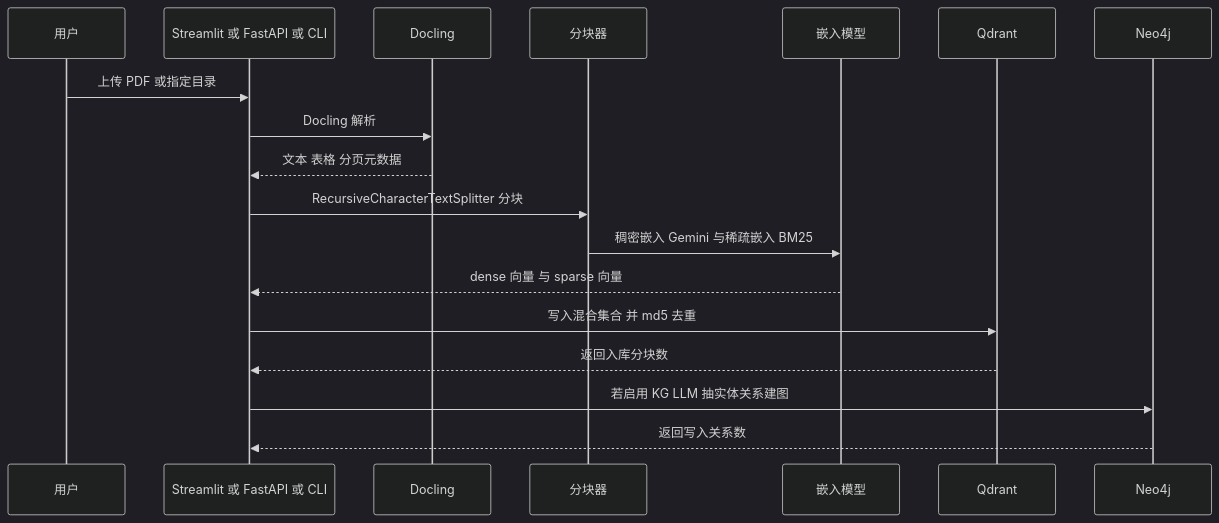
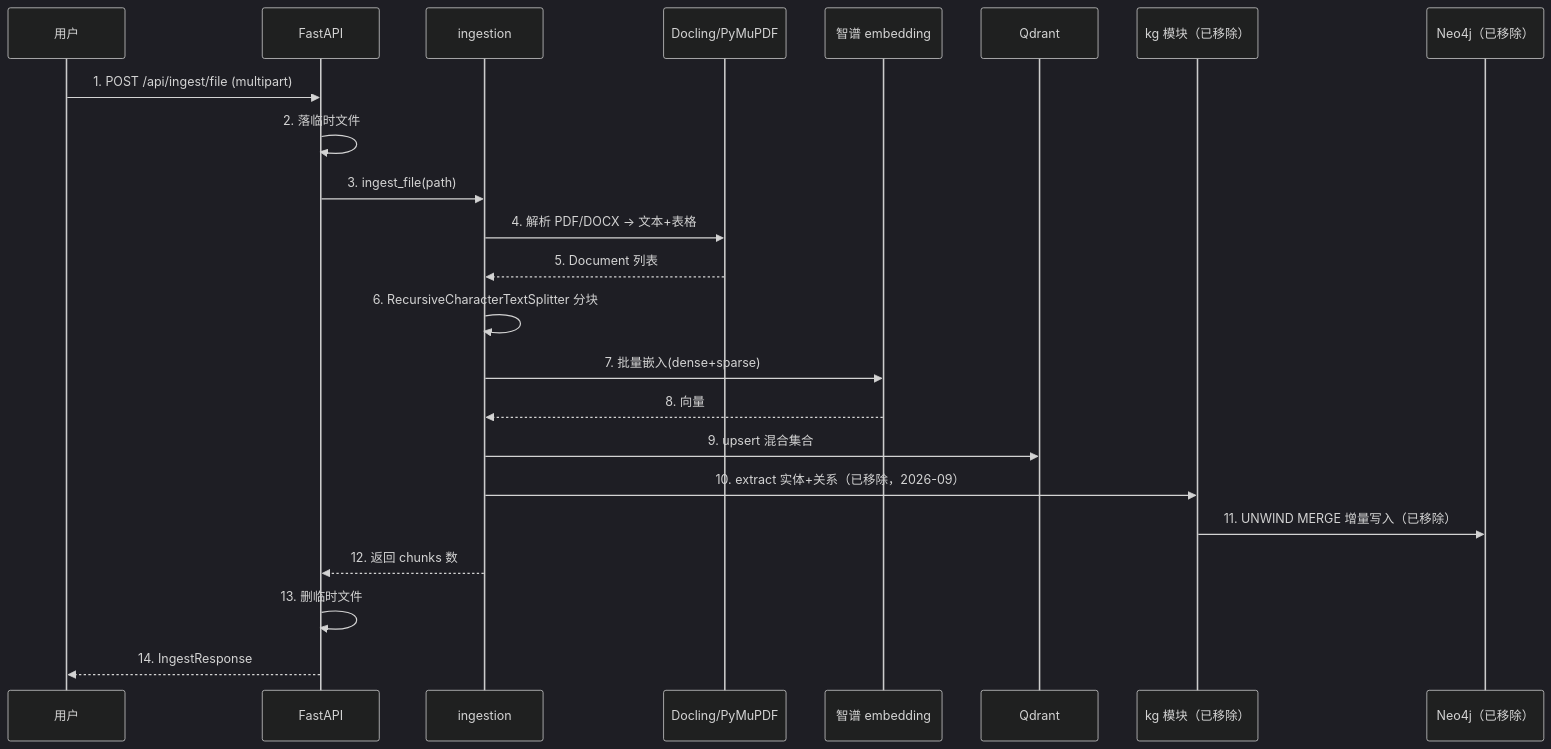
Before and after one commit to asfhkkkvh/agent: diagram 13 of 16 in docs/omnirag_learning_doc.md, drawn with Mermaid (dark theme). The commit also changed other lines of this file and 23 other files, not shown here.

First line of the commit message:
feat: LLM 迁移智谱 GLM + 移除知识图谱 + RAGAS 改轻量评估

````diff
--- a/docs/omnirag_learning_doc.md
+++ b/docs/omnirag_learning_doc.md
@@ -991,20 +1339,25 @@
 ```mermaid
 sequenceDiagram
     participant U as 用户
-    participant A as Streamlit 或 FastAPI 或 CLI
-    participant D as Docling
-    participant S as 分块器
-    participant E as 嵌入模型
+    participant API as FastAPI
+    participant ING as ingestion
+    participant DOC as Docling/PyMuPDF
+    participant EMB as 智谱 embedding
     participant Q as Qdrant
-    participant K as Neo4j
-    U->>A: 上传 PDF 或指定目录
-    A->>D: Docling 解析
-    D-->>A: 文本 表格 分页元数据
-    A->>S: RecursiveCharacterTextSplitter 分块
-    S->>E: 稠密嵌入 Gemini 与稀疏嵌入 BM25
-    E-->>A: dense 向量 与 sparse 向量
-    A->>Q: 写入混合集合 并 md5 去重
-    Q-->>A: 返回入库分块数
-    A->>K: 若启用 KG LLM 抽实体关系建图
-    K-->>A: 返回写入关系数
+    participant KG as kg 模块（已移除）
+    participant N as Neo4j（已移除）
+    U->>API: 1. POST /api/ingest/file (multipart)
+    API->>API: 2. 落临时文件
+    API->>ING: 3. ingest_file(path)
+    ING->>DOC: 4. 解析 PDF/DOCX → 文本+表格
+    DOC-->>ING: 5. Document 列表
+    ING->>ING: 6. RecursiveCharacterTextSplitter 分块
+    ING->>EMB: 7. 批量嵌入(dense+sparse)
+    EMB-->>ING: 8. 向量
+    ING->>Q: 9. upsert 混合集合
+    ING->>KG: 10. extract 实体+关系（已移除，2026-09）
+    KG->>N: 11. UNWIND MERGE 增量写入（已移除）
+    ING-->>API: 12. 返回 chunks 数
+    API->>API: 13. 删临时文件
+    API-->>U: 14. IngestResponse
 ```
````
